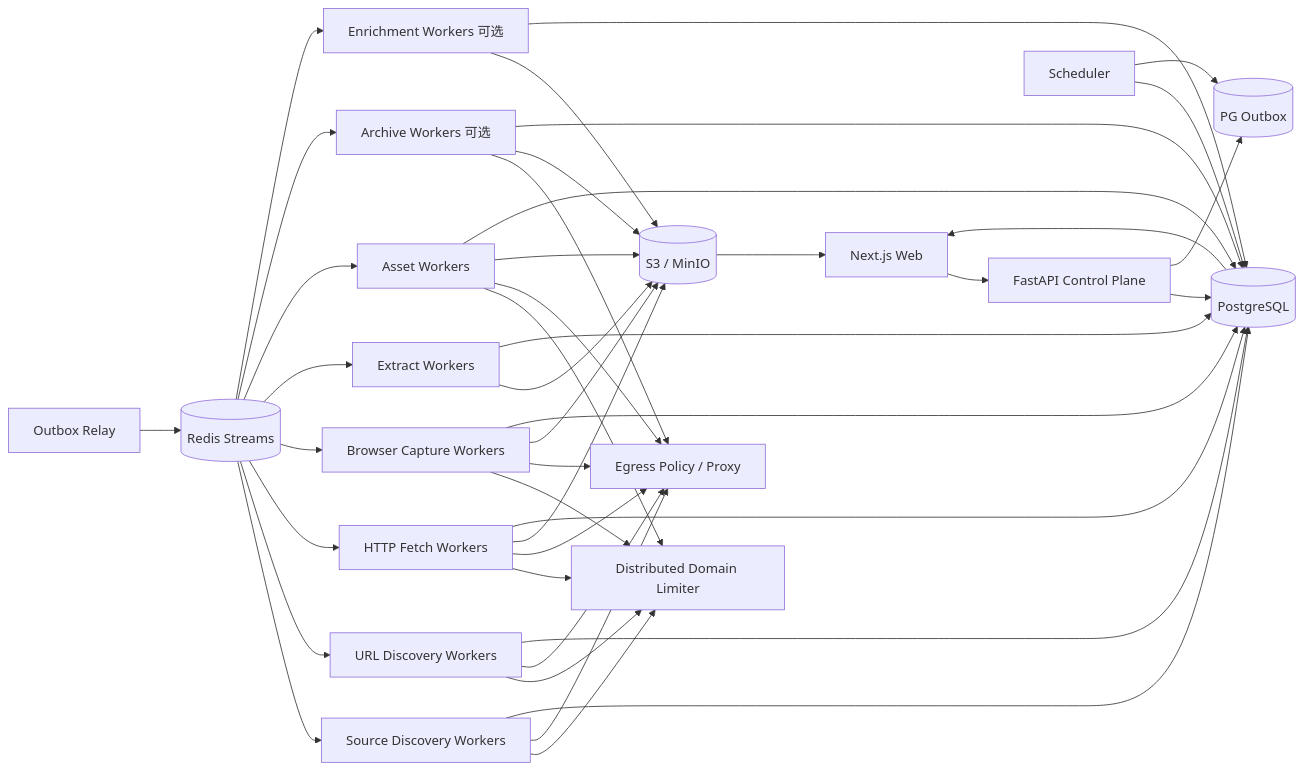
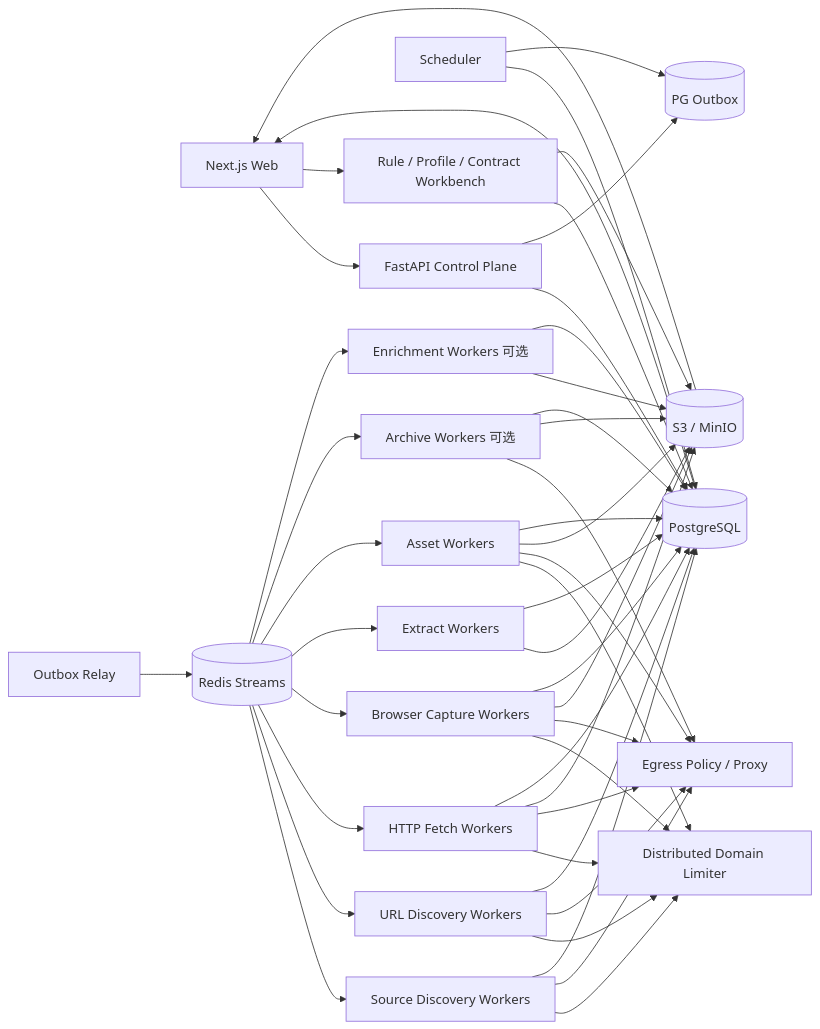
One commit to WorkerXu/my-doc changed the diagram in 博客知识库技术方案.md. Above: the diagram before and after it, drawn with Mermaid. The commit also changed other lines of this file, not shown here.

````diff
--- a/博客知识库技术方案.md
+++ b/博客知识库技术方案.md
@@ -58,50 +59,53 @@
 ```mermaid
 flowchart LR
     UI[Next.js Web] --> API[FastAPI Control Plane]
     API --> PG[(PostgreSQL)]
     API --> OUT[(PG Outbox)]
     SCHED[Scheduler] --> PG
     SCHED --> OUT
     RELAY[Outbox Relay] --> REDIS[(Redis Streams)]
 
     REDIS --> SD[Source Discovery Workers]
     REDIS --> UD[URL Discovery Workers]
     REDIS --> HF[HTTP Fetch Workers]
     REDIS --> BF[Browser Capture Workers]
     REDIS --> EX[Extract Workers]
     REDIS --> AS[Asset Workers]
     REDIS --> AR[Archive Workers 可选]
     REDIS --> EN[Enrichment Workers 可选]
 
     SD --> LIM[Distributed Domain Limiter]
     UD --> LIM
     HF --> LIM
     BF --> LIM
     AS --> LIM
 
     SD --> EG[Egress Policy / Proxy]
     UD --> EG
     HF --> EG
     BF --> EG
     AS --> EG
     AR --> EG
 
     HF --> S3[(S3 / MinIO)]
     BF --> S3
     EX --> S3
     AS --> S3
     AR --> S3
     EN --> S3
 
     SD --> PG
     UD --> PG
     HF --> PG
     BF --> PG
     EX --> PG
     AS --> PG
     AR --> PG
     EN --> PG
 
+    UI --> RC[Rule / Profile / Contract Workbench]
+    RC --> PG
+    RC --> S3
     PG --> UI
     S3 --> UI
 ```
````
